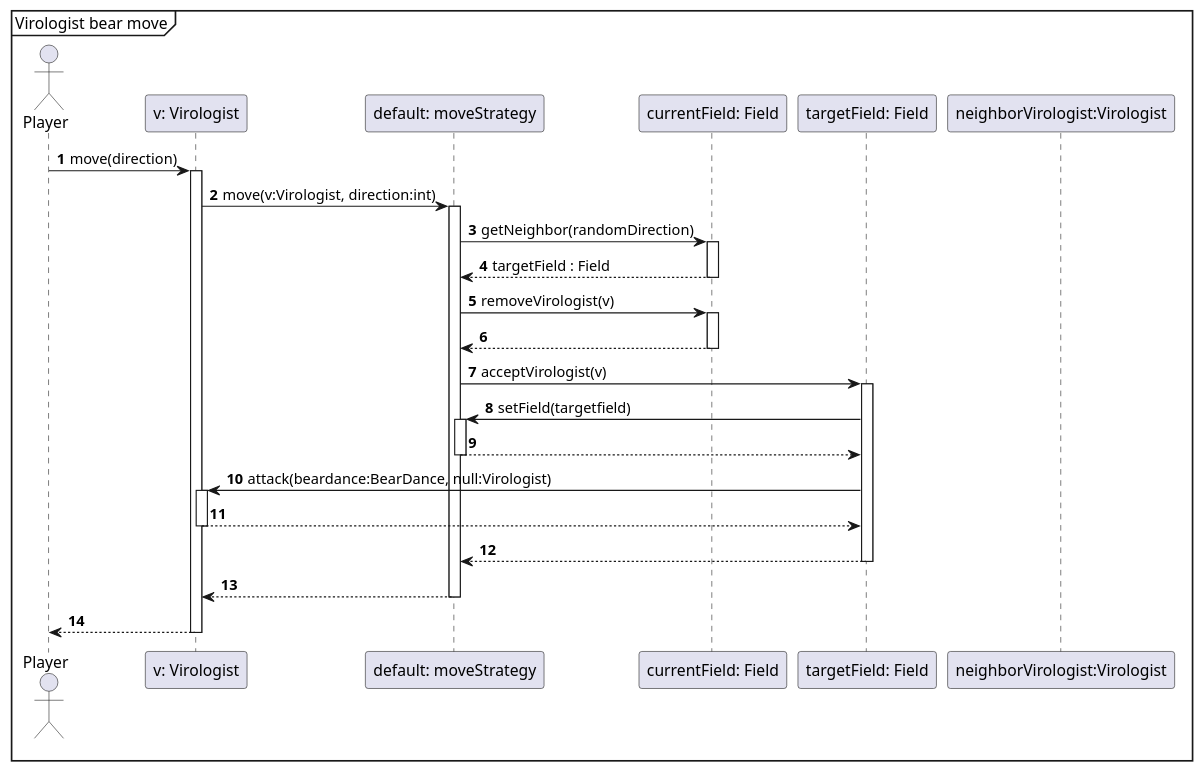
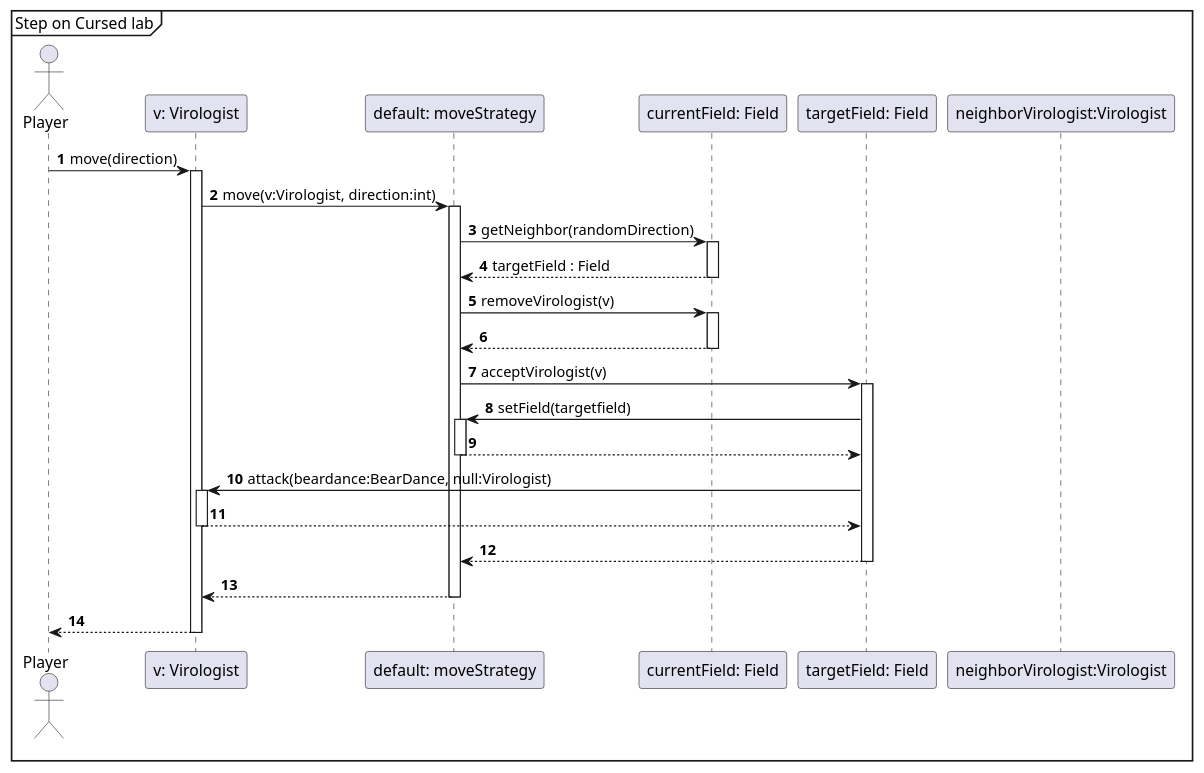
Before and after one commit to Projlab-csb/projlab-virologus: the diagram in Modification_1/mod_1-seq-diagrams/StepOnCursedLab.puml, drawn with PlantUML. The commit also changed 4 other files, not shown here.

```diff
--- a/Modification_1/mod_1-seq-diagrams/StepOnCursedLab.puml
+++ b/Modification_1/mod_1-seq-diagrams/StepOnCursedLab.puml
@@ -1,49 +1,49 @@
 @startuml
 'https://plantuml.com/sequence-diagram
 
 autonumber
 
-mainframe Virologist bear move
+mainframe Step on Cursed lab
 
 actor Player
 participant "v: Virologist" as Virologist
 participant "default: moveStrategy" as moveStrategy
 participant "currentField: Field" as currentField
 participant "targetField: Field" as targetField
 participant "neighborVirologist:Virologist" as neighborVirologist
 
 
 
 Player -> Virologist: move(direction)
 Activate Virologist
 
 Virologist->moveStrategy++:move(v:Virologist, direction:int)
 
 
 moveStrategy-> currentField: getNeighbor(randomDirection)
 Activate currentField
 currentField --> moveStrategy: targetField : Field
 Deactivate currentField
 
 moveStrategy -> currentField: removeVirologist(v)
 Activate currentField
 currentField --> moveStrategy:
 Deactivate currentField
 
 moveStrategy -> targetField: acceptVirologist(v)
 Activate targetField
 targetField->moveStrategy++: setField(targetfield)
 moveStrategy-->targetField--
 targetField->Virologist++:attack(beardance:BearDance, null:Virologist)
 Virologist-->targetField--
 targetField --> moveStrategy--
 
 
 
 Deactivate targetField
 
 
 moveStrategy-->Virologist--
 Virologist --> Player:
 Deactivate Virologist
 @enduml
```
